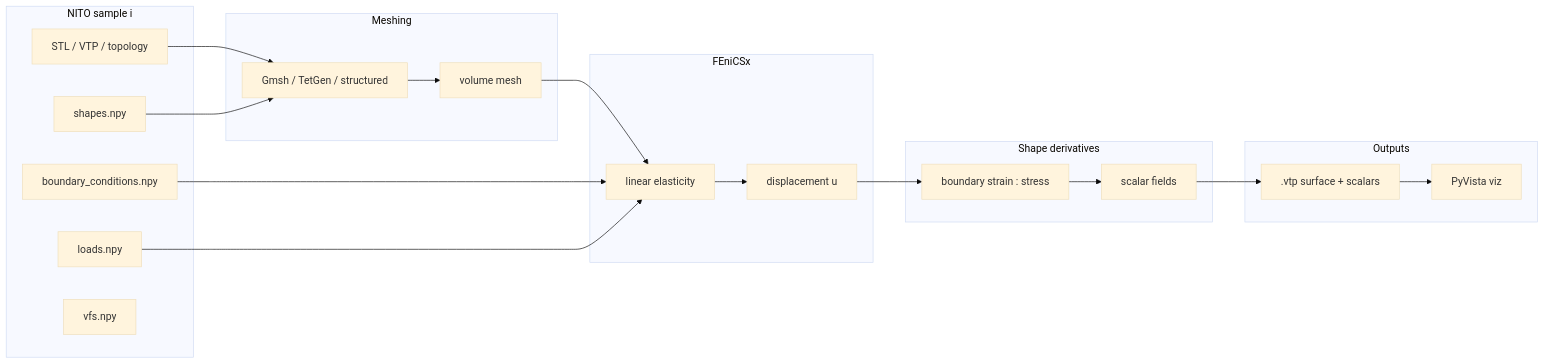
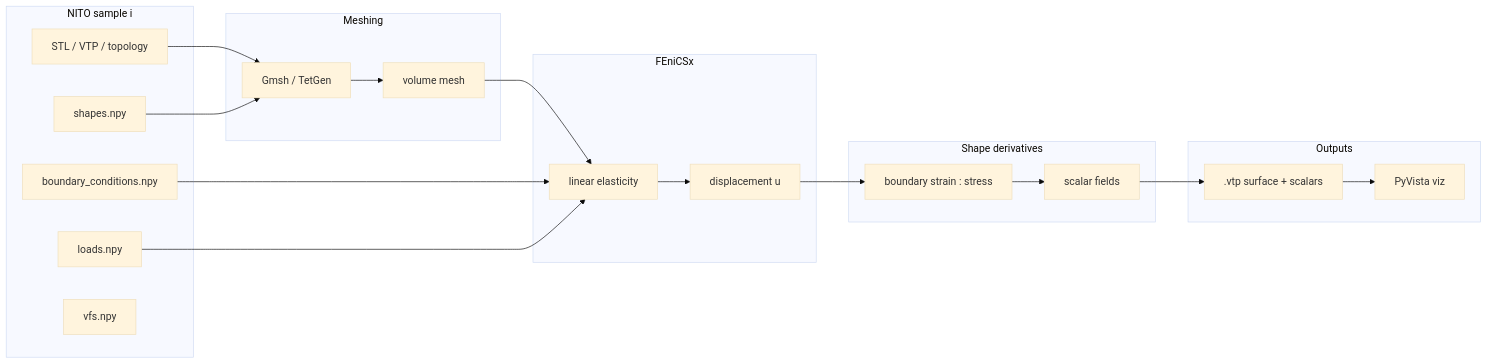
One commit to arnold-pdev/TOSA changed the first of 2 diagrams in README.md. Above: the diagram before and after it, drawn with Mermaid (base theme). The commit also changed other lines of this file and 53 other files, not shown here.

````diff
--- a/README.md
+++ b/README.md
@@ -117,42 +117,42 @@
 ```mermaid
 flowchart LR
   subgraph inputs [NITO sample i]
     G0[STL / VTP / topology]
     S[shapes.npy]
     BC[boundary_conditions.npy]
     L[loads.npy]
     VF[vfs.npy]
   end
 
   subgraph mesh [Meshing]
-    GM[Gmsh / TetGen / structured]
+    GM[Gmsh / TetGen]
     VM[volume mesh]
     GM --> VM
   end
 
   subgraph fea [FEniCSx]
     SOLVE[linear elasticity]
     U[displacement u]
     SOLVE --> U
   end
 
   subgraph sa [Shape derivatives]
     BD[boundary strain : stress]
     SF[scalar fields]
     BD --> SF
   end
 
   subgraph out [Outputs]
     VTP[".vtp surface + scalars"]
     PV[PyVista viz]
     VTP --> PV
   end
 
   G0 --> GM
   S --> GM
   VM --> SOLVE
   BC --> SOLVE
   L --> SOLVE
   U --> BD
   SF --> VTP
 ```
````
